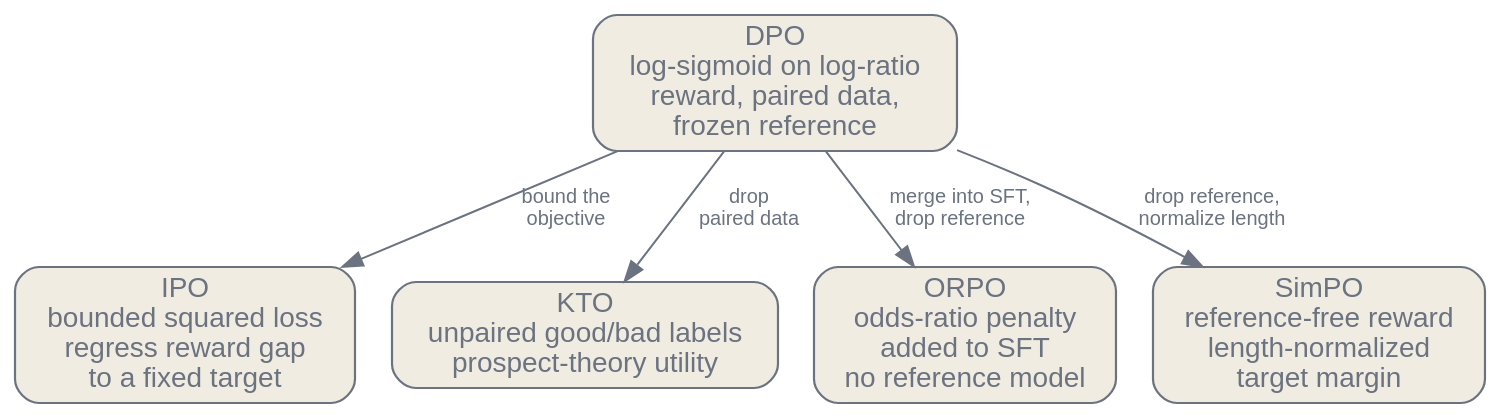
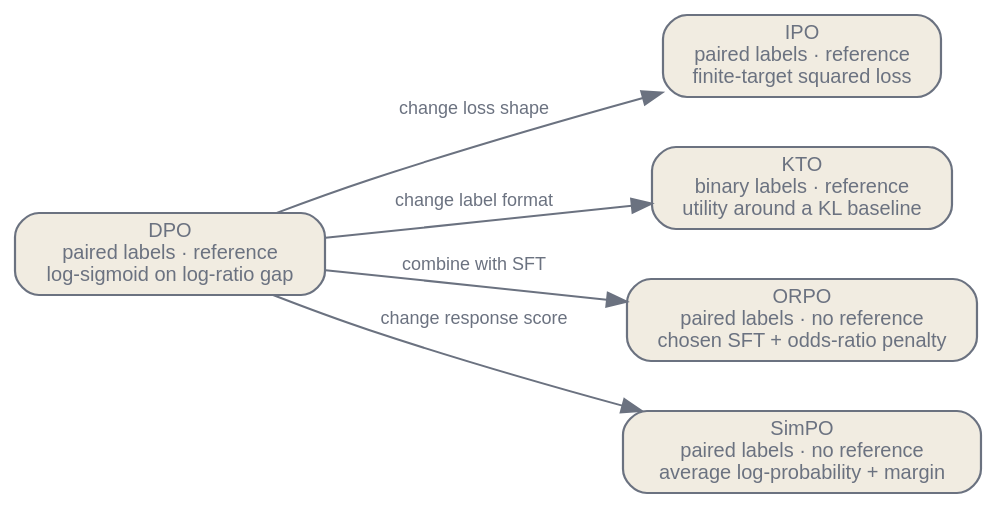
Before and after one commit to latere-ai/ai-as-an-infrastructure: the second of 2 diagrams in en/adaptation/04-dpo-variants.qmd, drawn with Graphviz. The commit also changed other lines of this file and 6 other files, not shown here.

````diff
--- a/en/adaptation/04-dpo-variants.qmd
+++ b/en/adaptation/04-dpo-variants.qmd
@@ -124,22 +231,25 @@
 ```{dot}
 //| label: fig-dpo-variants-map
-//| fig-cap: "Each variant edits one part of the DPO loss. IPO bounds the objective; KTO drops the paired-data requirement; ORPO folds alignment into SFT and removes the reference; SimPO removes the reference and normalizes by length."
+//| fig-cap: "The variants change different design choices. They are alternatives for different data and pipeline constraints, not successive versions of one algorithm."
 digraph {
-  rankdir=TB;
+  rankdir=LR;
   bgcolor="transparent";
-  node [shape=box, style="rounded,filled", fillcolor="#f1ece1", color="#6b7280", fontcolor="#6b7280", fontname="Helvetica", penwidth=1.1];
-  edge [color="#6b7280", fontcolor="#6b7280", fontname="Helvetica", fontsize=10];
+  nodesep=0.35; ranksep=0.6;
+  node [shape=box, style="rounded,filled", fillcolor="#f1ece1", color="#6b7280",
+        fontcolor="#6b7280", fontname="Helvetica", fontsize=10, penwidth=1.1];
+  edge [color="#6b7280", fontcolor="#6b7280", fontname="Helvetica", fontsize=9];
 
-  dpo [label="DPO\nlog-sigmoid on log-ratio\nreward, paired data,\nfrozen reference"];
+  dpo [label="DPO\npaired labels · reference\nlog-sigmoid on log-ratio gap"];
+  ipo [label="IPO\npaired labels · reference\nfinite-target squared loss"];
+  kto [label="KTO\nbinary labels · reference\nutility around a KL baseline"];
+  orpo [label="ORPO\npaired labels · no reference\nchosen SFT + odds-ratio penalty"];
+  simpo [label="SimPO\npaired labels · no reference\naverage log-probability + margin"];
 
-  ipo [label="IPO\nbounded squared loss\nregress reward gap\nto a fixed target"];
-  kto [label="KTO\nunpaired good/bad labels\nprospect-theory utility"];
-  orpo [label="ORPO\nodds-ratio penalty\nadded to SFT\nno reference model"];
-  simpo [label="SimPO\nreference-free reward\nlength-normalized\ntarget margin"];
+  { rank=same; ipo; kto; orpo; simpo; }
 
-  dpo -> ipo [label="bound the\nobjective"];
-  dpo -> kto [label="drop\npaired data"];
-  dpo -> orpo [label="merge into SFT,\ndrop reference"];
-  dpo -> simpo [label="drop reference,\nnormalize length"];
+  dpo -> ipo [label="change loss shape"];
+  dpo -> kto [label="change label format"];
+  dpo -> orpo [label="combine with SFT"];
+  dpo -> simpo [label="change response score"];
 }
 ```
````
